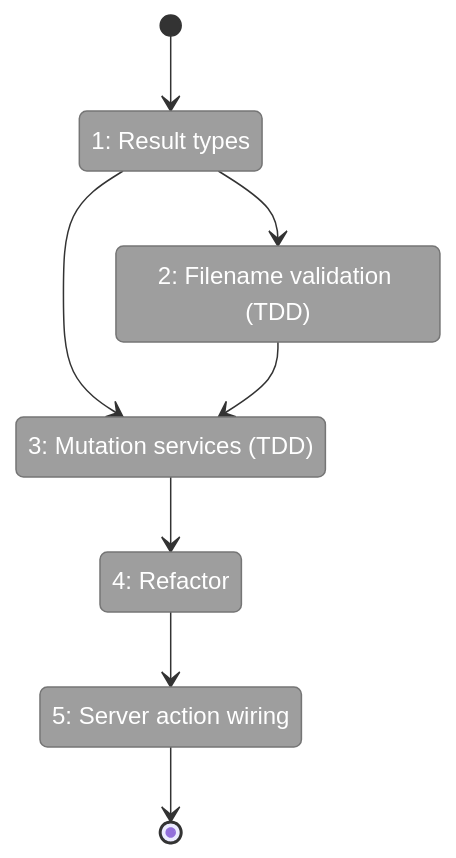
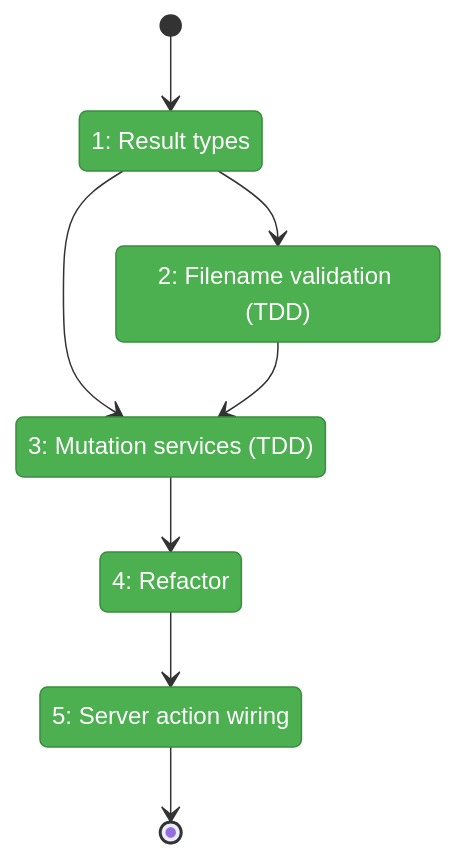
One commit to AI-Substrate/chainglass changed the first of 2 diagrams in docs/plans/068-add-files/tasks/phase-1-service-layer-server-actions/tasks.fltplan.md. Above: the diagram before and after it, drawn with Mermaid. The commit also changed other lines of this file and 5 other files, not shown here.

````diff
--- a/docs/plans/068-add-files/tasks/phase-1-service-layer-server-actions/tasks.fltplan.md
+++ b/docs/plans/068-add-files/tasks/phase-1-service-layer-server-actions/tasks.fltplan.md
@@ -40,23 +40,23 @@
 ```mermaid
 stateDiagram-v2
     classDef pending fill:#9E9E9E,stroke:#757575,color:#fff
     classDef active fill:#FFC107,stroke:#FFA000,color:#000
     classDef done fill:#4CAF50,stroke:#388E3C,color:#fff
     classDef blocked fill:#F44336,stroke:#D32F2F,color:#fff
 
     state "1: Result types" as S1
     state "2: Filename validation (TDD)" as S2
     state "3: Mutation services (TDD)" as S3
     state "4: Refactor" as S4
     state "5: Server action wiring" as S5
 
     [*] --> S1
     S1 --> S2
     S1 --> S3
     S2 --> S3
     S3 --> S4
     S4 --> S5
     S5 --> [*]
 
-    class S1,S2,S3,S4,S5 pending
+    class S1,S2,S3,S4,S5 done
 ```
````
